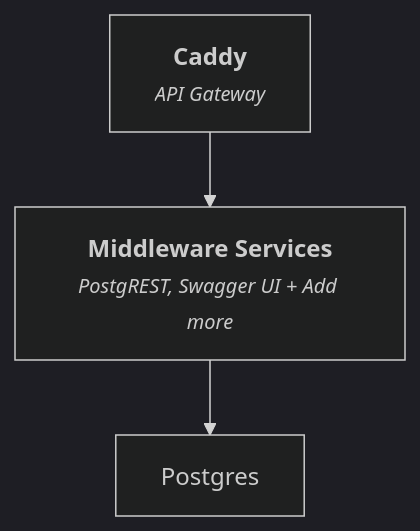
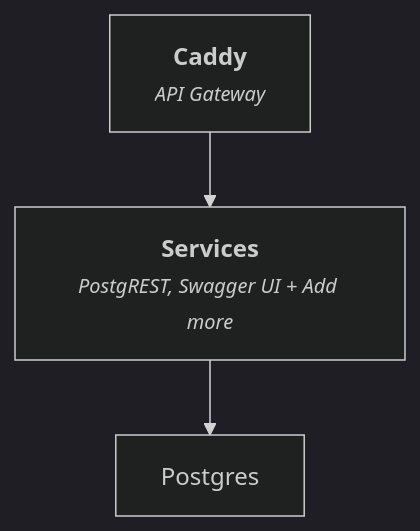
Before and after one commit to explodinglabs/superstack: the diagram in README.md, drawn with Mermaid (dark theme).

Commit message:
Adjust architecture

````diff
--- a/README.md
+++ b/README.md
@@ -14,6 +14,6 @@
 ```mermaid
 flowchart TD
     Caddy["<b>Caddy</b><br><small><i>API Gateway</i></small>"]
-    Caddy --> Middleware["<b>Middleware Services</b><br><small><i>PostgREST, Swagger UI + Add more</i></small>"]
+    Caddy --> Middleware["<b>Services</b><br><small><i>PostgREST, Swagger UI + Add more</i></small>"]
     Middleware --> Postgres
 ```
````
